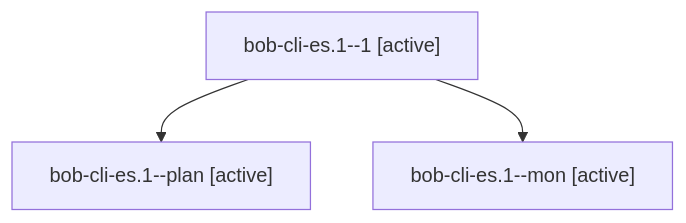
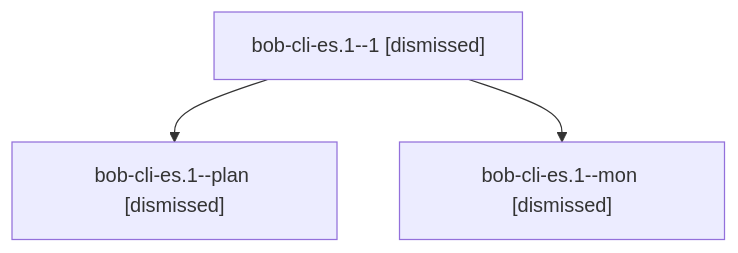
Before and after one commit to bobs-org/bob-cli--agents: the diagram in sessions/bbugyi200.apollo.bob-cli-es.1.md, drawn with Mermaid. The commit also changed other lines of this file and 310 other files, not shown here.

````diff
--- a/sessions/bbugyi200.apollo.bob-cli-es.1.md
+++ b/sessions/bbugyi200.apollo.bob-cli-es.1.md
@@ -9,8 +9,8 @@
 ```mermaid
 flowchart TD
-  n0["bob-cli-es.1--1 [active]"]
-  n1["bob-cli-es.1--plan [active]"]
+  n0["bob-cli-es.1--1 [dismissed]"]
+  n1["bob-cli-es.1--plan [dismissed]"]
   n0 --> n1
-  n2["bob-cli-es.1--mon [active]"]
+  n2["bob-cli-es.1--mon [dismissed]"]
   n0 --> n2
 ```
````
